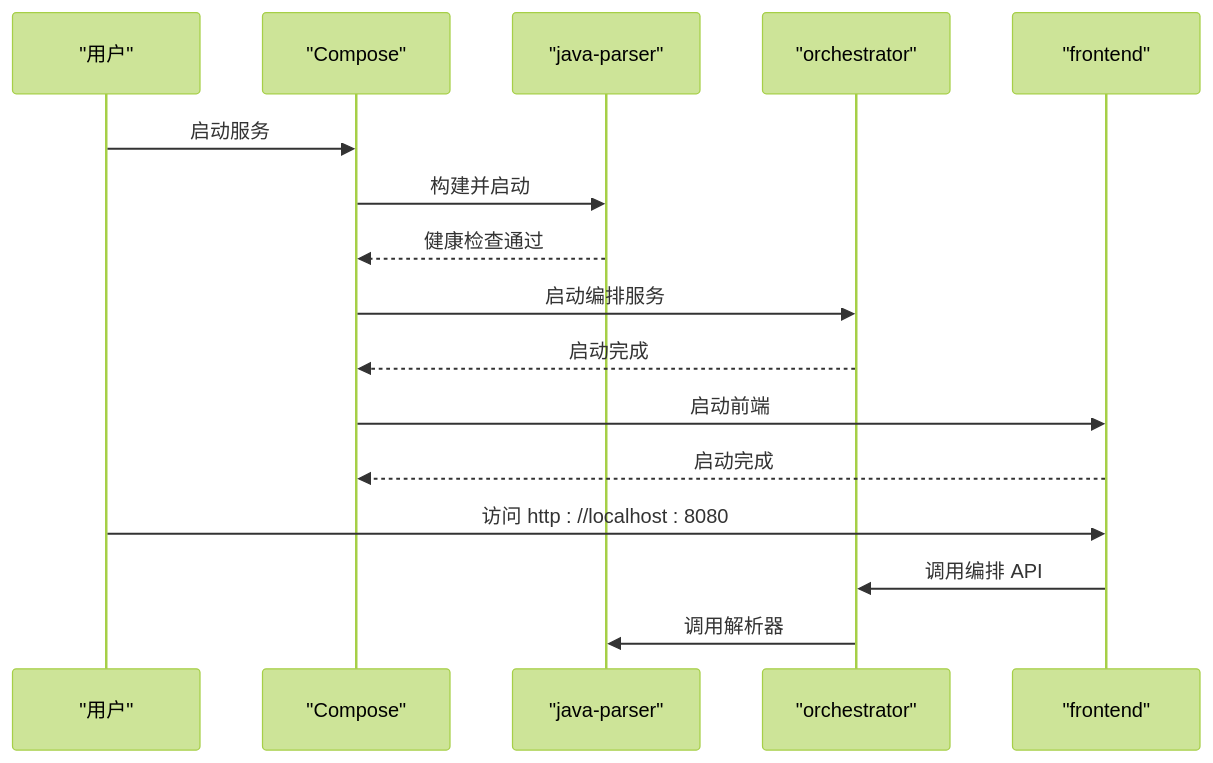
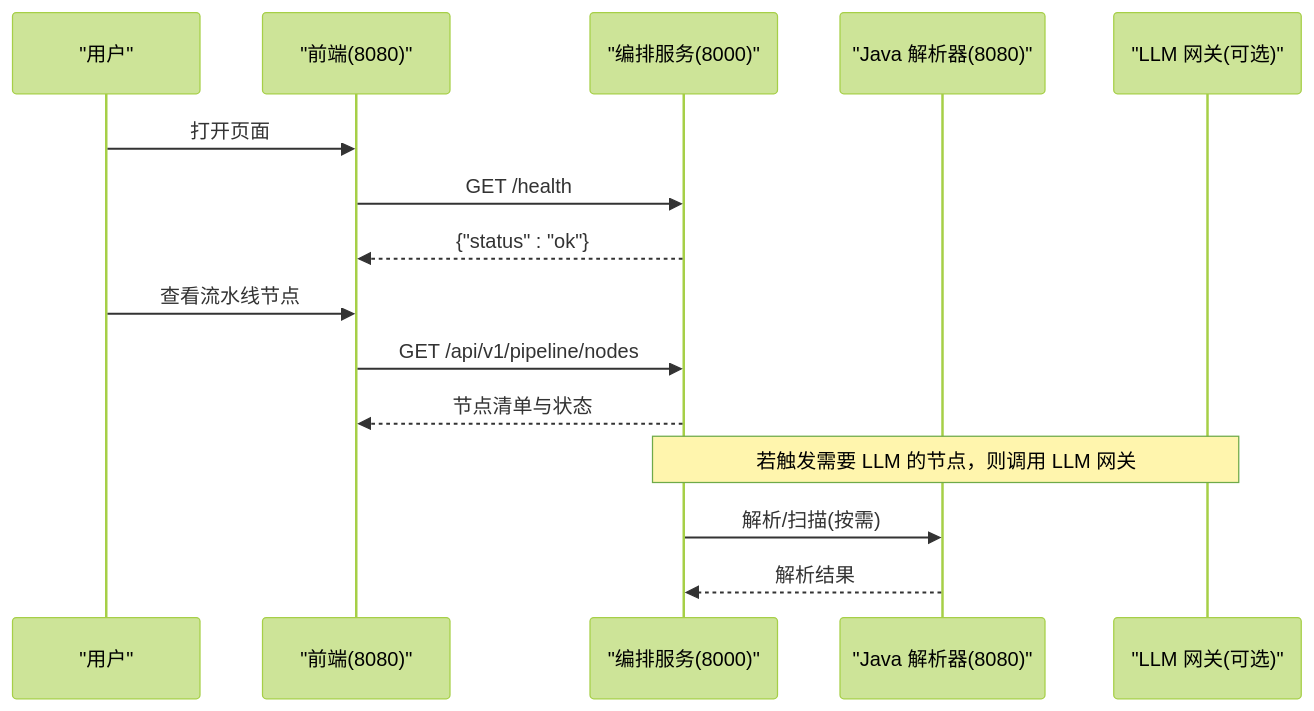
The second of 3 diagrams in .qoder/repowiki/zh/content/快速开始.md (Joeyzheng001/LLM-AutoTest), drawn with Mermaid (forest theme) before and after one commit. The commit also changed other lines of this file and 186 other files, not shown here.

````diff
--- a/.qoder/repowiki/zh/content/快速开始.md
+++ b/.qoder/repowiki/zh/content/快速开始.md
@@ -178,18 +90,17 @@
 ```mermaid
 sequenceDiagram
 participant U as "用户"
-participant C as "Compose"
-participant JP as "java-parser"
-participant OR as "orchestrator"
-participant FE as "frontend"
-U->>C : 启动服务
-C->>JP : 构建并启动
-JP-->>C : 健康检查通过
-C->>OR : 启动编排服务
-OR-->>C : 启动完成
-C->>FE : 启动前端
-FE-->>C : 启动完成
-U->>FE : 访问 http : //localhost : 8080
-FE->>OR : 调用编排 API
-OR->>JP : 调用解析器
+participant FE as "前端(8080)"
+participant OR as "编排服务(8000)"
+participant JP as "Java 解析器(8080)"
+participant LLM as "LLM 网关(可选)"
+U->>FE : 打开页面
+FE->>OR : GET /health
+OR-->>FE : {"status" : "ok"}
+U->>FE : 查看流水线节点
+FE->>OR : GET /api/v1/pipeline/nodes
+OR-->>FE : 节点清单与状态
+Note over OR,LLM : 若触发需要 LLM 的节点，则调用 LLM 网关
+OR->>JP : 解析/扫描(按需)
+JP-->>OR : 解析结果
 ```
````
